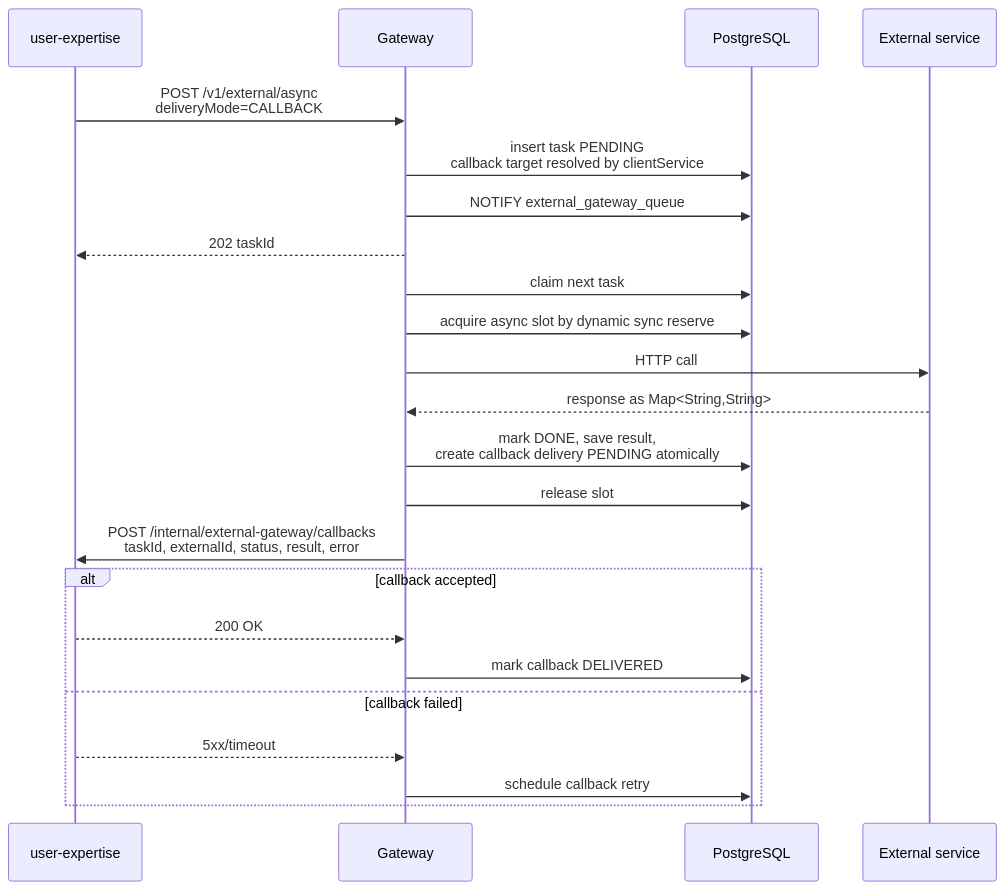
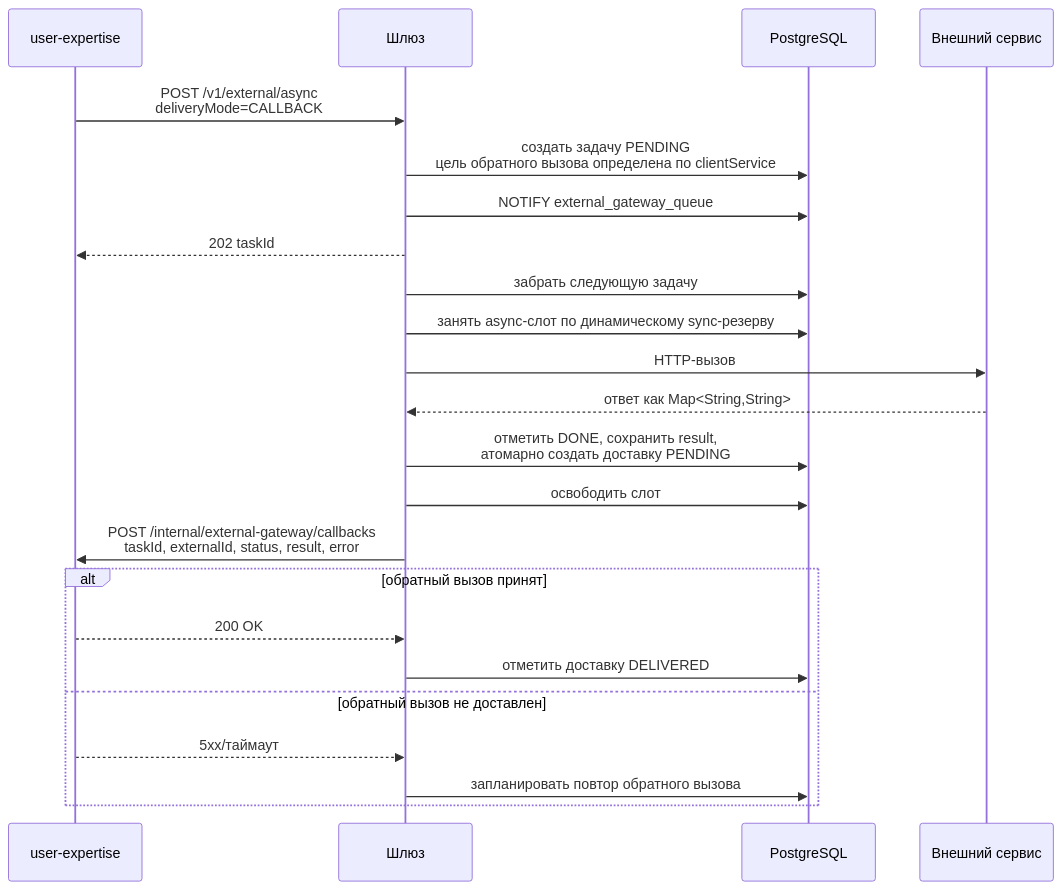
Before and after one commit to DenisVanin4402/TestQwenCli: the third of 4 diagrams in docs/external-service-gateway/README.md, drawn with Mermaid. The commit also changed other lines of this file and 17 other files, not shown here.

Commit message:
sync\async api (first init) - rus

````diff
--- a/docs/external-service-gateway/README.md
+++ b/docs/external-service-gateway/README.md
@@ -163,26 +163,26 @@
 ```mermaid
 sequenceDiagram
     participant C as user-expertise
-    participant G as Gateway
+    participant G as Шлюз
     participant DB as PostgreSQL
-    participant E as External service
+    participant E as Внешний сервис
 
     C->>G: POST /v1/external/async<br/>deliveryMode=CALLBACK
-    G->>DB: insert task PENDING<br/>callback target resolved by clientService
+    G->>DB: создать задачу PENDING<br/>цель обратного вызова определена по clientService
     G->>DB: NOTIFY external_gateway_queue
     G-->>C: 202 taskId
-    G->>DB: claim next task
-    G->>DB: acquire async slot by dynamic sync reserve
-    G->>E: HTTP call
-    E-->>G: response as Map<String,String>
-    G->>DB: mark DONE, save result,<br/>create callback delivery PENDING atomically
-    G->>DB: release slot
+    G->>DB: забрать следующую задачу
+    G->>DB: занять async-слот по динамическому sync-резерву
+    G->>E: HTTP-вызов
+    E-->>G: ответ как Map<String,String>
+    G->>DB: отметить DONE, сохранить result,<br/>атомарно создать доставку PENDING
+    G->>DB: освободить слот
     G->>C: POST /internal/external-gateway/callbacks<br/>taskId, externalId, status, result, error
-    alt callback accepted
+    alt обратный вызов принят
         C-->>G: 200 OK
-        G->>DB: mark callback DELIVERED
-    else callback failed
-        C-->>G: 5xx/timeout
-        G->>DB: schedule callback retry
+        G->>DB: отметить доставку DELIVERED
+    else обратный вызов не доставлен
+        C-->>G: 5xx/таймаут
+        G->>DB: запланировать повтор обратного вызова
     end
 ```
````
